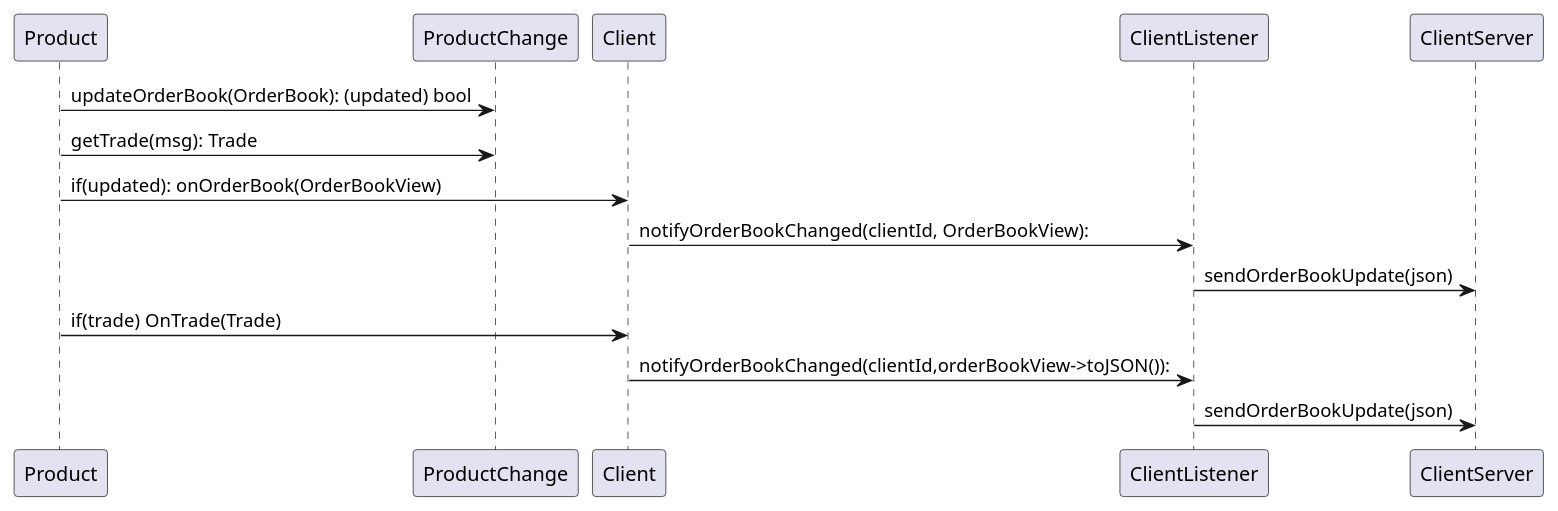
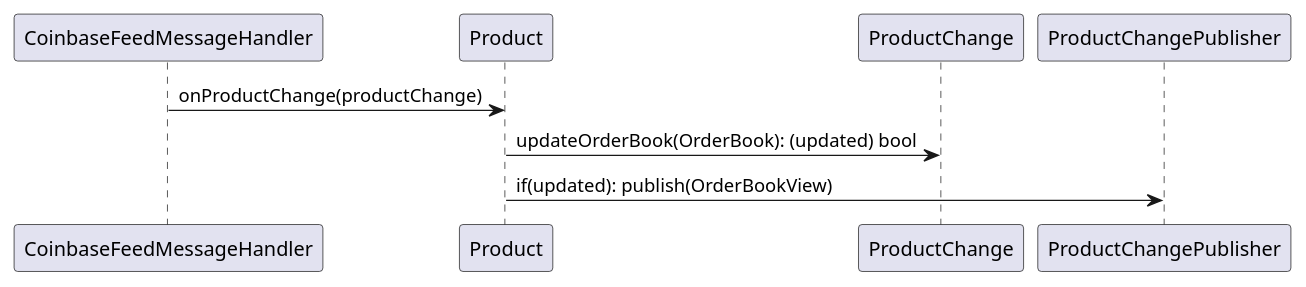
One commit to bapi23/quote-server changed the fourth of 6 diagrams in docs/markdown.md. Above: the diagram before and after it, drawn with PlantUML. The commit also changed other lines of this file and 11 other files, not shown here.

````diff
--- a/docs/markdown.md
+++ b/docs/markdown.md
@@ -78,12 +77,7 @@
 ```plantuml
 @startuml "ProductChangeReceived"
+CoinbaseFeedMessageHandler->Product: onProductChange(productChange)
 Product->ProductChange : updateOrderBook(OrderBook): (updated) bool
-Product->ProductChange : getTrade(msg): Trade
-Product->Client: if(updated): onOrderBook(OrderBookView)
-Client->ClientListener: notifyOrderBookChanged(clientId, OrderBookView):
-ClientListener->ClientServer: sendOrderBookUpdate(json)
-Product->Client: if(trade) OnTrade(Trade)
-Client->ClientListener: notifyOrderBookChanged(clientId,orderBookView->toJSON()):
-ClientListener->ClientServer: sendOrderBookUpdate(json)
+Product->ProductChangePublisher: if(updated): publish(OrderBookView)
 @enduml
 ```
````
